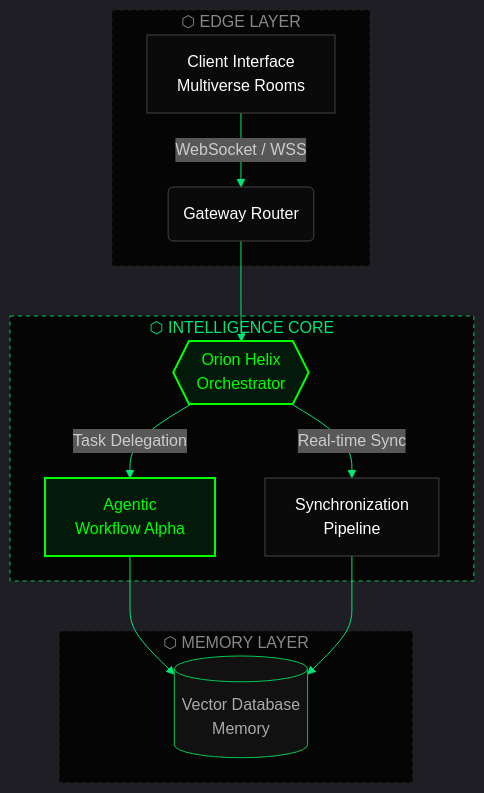
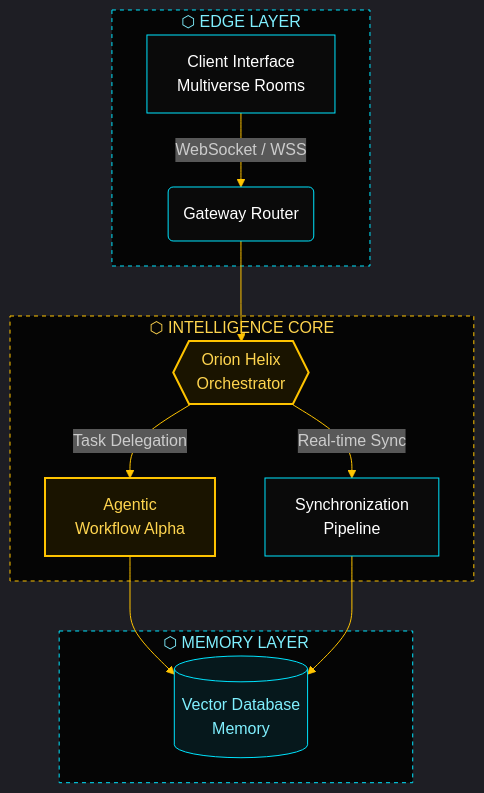
The diagram in README.md (SingularityHorizon/.github), drawn with Mermaid before and after one commit. The commit also changed other lines of this file, not shown here.

````diff
--- a/README.md
+++ b/README.md
@@ -53,33 +53,33 @@
 ```mermaid
-%%{init: {'theme':'dark','themeVariables':{'primaryColor':'#0a0a0a','primaryTextColor':'#ffffff','primaryBorderColor':'#333333','lineColor':'#00e676','fontFamily':'monospace'}}}%%
+%%{init: {'theme':'dark','themeVariables':{'primaryColor':'#0a0a0a','primaryTextColor':'#ffffff','primaryBorderColor':'#00E5FF','lineColor':'#FFC400','fontFamily':'monospace'}}}%%
 flowchart TD
-    classDef core fill:#0a0a0a,stroke:#444,stroke-width:1px,color:#ffffff;
-    classDef agent fill:#031a0a,stroke:#00ff00,stroke-width:2px,color:#00ff00;
-    classDef data fill:#111111,stroke:#00c853,stroke-width:1px,color:#aaaaaa;
+    classDef core fill:#0a0a0a,stroke:#00E5FF,stroke-width:1px,color:#ffffff;
+    classDef agent fill:#1a1400,stroke:#FFC400,stroke-width:2px,color:#FFD54F;
+    classDef data fill:#06181c,stroke:#00E5FF,stroke-width:1px,color:#80F0FF;
 
     subgraph EDGE["⬡ EDGE LAYER"]
         A["Client Interface<br/>Multiverse Rooms"]:::core
         B("Gateway Router"):::core
     end
 
     subgraph INTEL["⬡ INTELLIGENCE CORE"]
         C{{"Orion Helix<br/>Orchestrator"}}:::agent
         D["Agentic<br/>Workflow Alpha"]:::agent
         E["Synchronization<br/>Pipeline"]:::core
     end
 
     subgraph MEMORY["⬡ MEMORY LAYER"]
         F[("Vector Database<br/>Memory")]:::data
     end
 
     A -->|"WebSocket / WSS"| B
     B --> C
     C -->|"Task Delegation"| D
     C -->|"Real-time Sync"| E
     D --> F
     E --> F
 
-    style EDGE fill:#050505,stroke:#222,stroke-dasharray: 4 4,color:#888
-    style INTEL fill:#050505,stroke:#00c853,stroke-dasharray: 4 4,color:#00e676
-    style MEMORY fill:#050505,stroke:#222,stroke-dasharray: 4 4,color:#888
+    style EDGE fill:#050505,stroke:#00E5FF,stroke-dasharray: 4 4,color:#80F0FF
+    style INTEL fill:#050505,stroke:#FFC400,stroke-dasharray: 4 4,color:#FFD54F
+    style MEMORY fill:#050505,stroke:#00E5FF,stroke-dasharray: 4 4,color:#80F0FF
 ```
````
